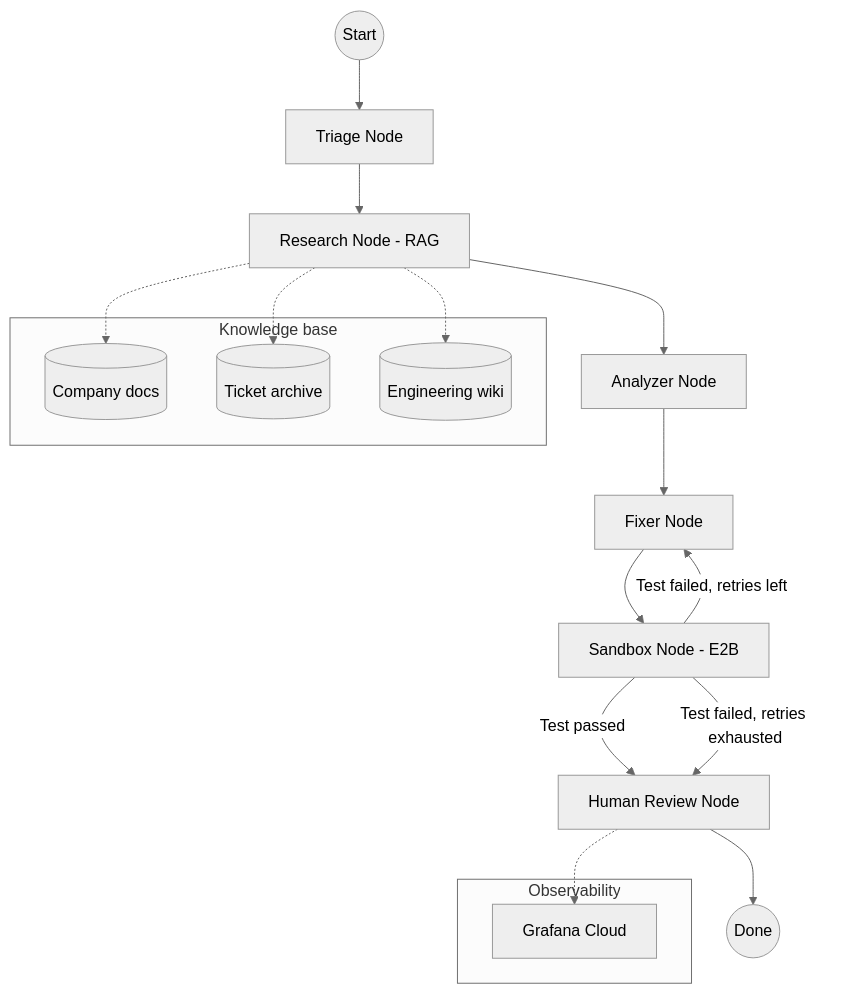
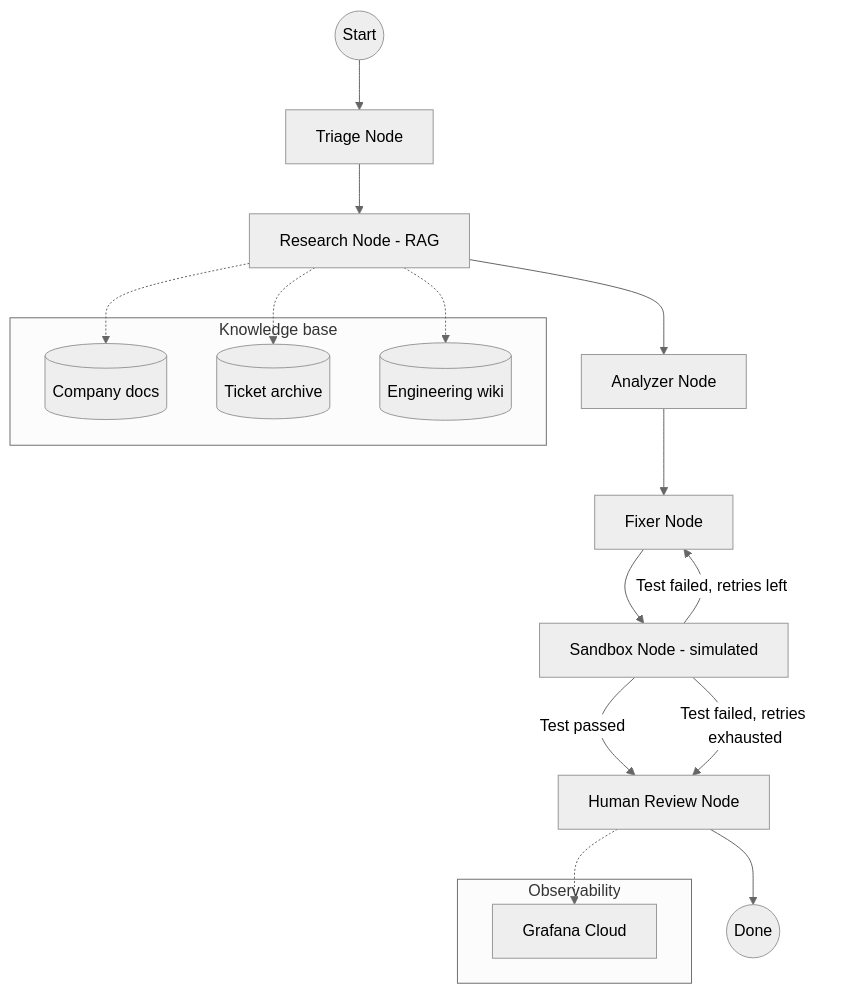
Before and after one commit to MuhammadAbbas01/Self_Healing_Customer_support_agent: the first of 3 diagrams in README.md, drawn with Mermaid (neutral theme). The commit also changed other lines of this file, not shown here.

Commit message:
README: describe what is implemented (sandbox is simulated, review is automatic, DB stores tickets only)

````diff
--- a/README.md
+++ b/README.md
@@ -27,28 +27,28 @@
 ```mermaid
 graph TD
     START((Start)) --> TRIAGE[Triage Node]
     TRIAGE --> RESEARCH[Research Node - RAG]
     RESEARCH --> ANALYZER[Analyzer Node]
     ANALYZER --> FIXER[Fixer Node]
-    FIXER --> SANDBOX[Sandbox Node - E2B]
+    FIXER --> SANDBOX[Sandbox Node - simulated]
     SANDBOX -- "Test passed" --> HUMAN_REVIEW[Human Review Node]
     SANDBOX -- "Test failed, retries left" --> FIXER
     SANDBOX -- "Test failed, retries exhausted" --> HUMAN_REVIEW
     HUMAN_REVIEW --> FINISH((Done))
 
     subgraph "Knowledge base"
         DOCS[(Company docs)]
         TICKETS[(Ticket archive)]
         WIKI[(Engineering wiki)]
     end
 
     RESEARCH -.-> DOCS
     RESEARCH -.-> TICKETS
     RESEARCH -.-> WIKI
 
     subgraph "Observability"
         GRAFANA[Grafana Cloud]
     end
 
     HUMAN_REVIEW -.-> GRAFANA
 ```
````
